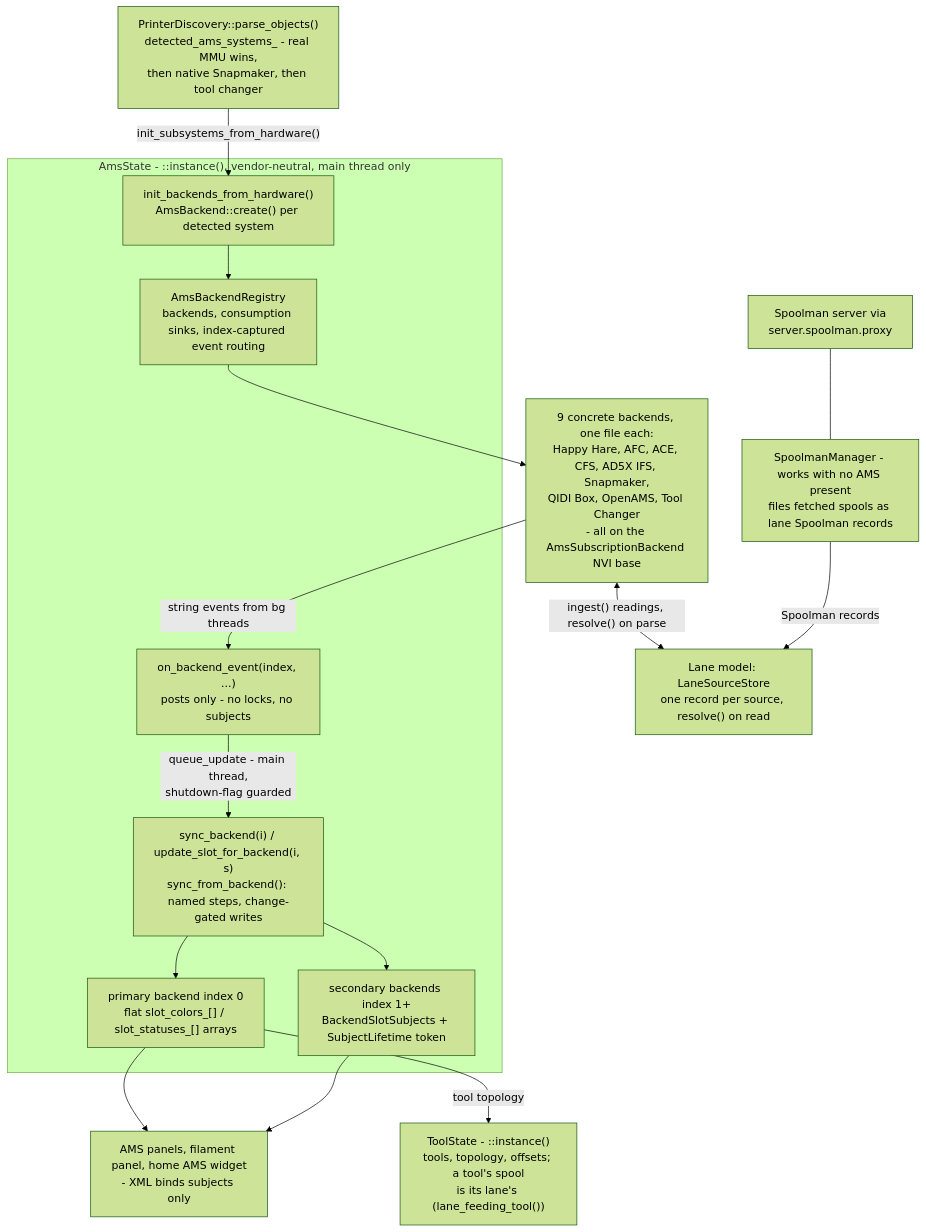
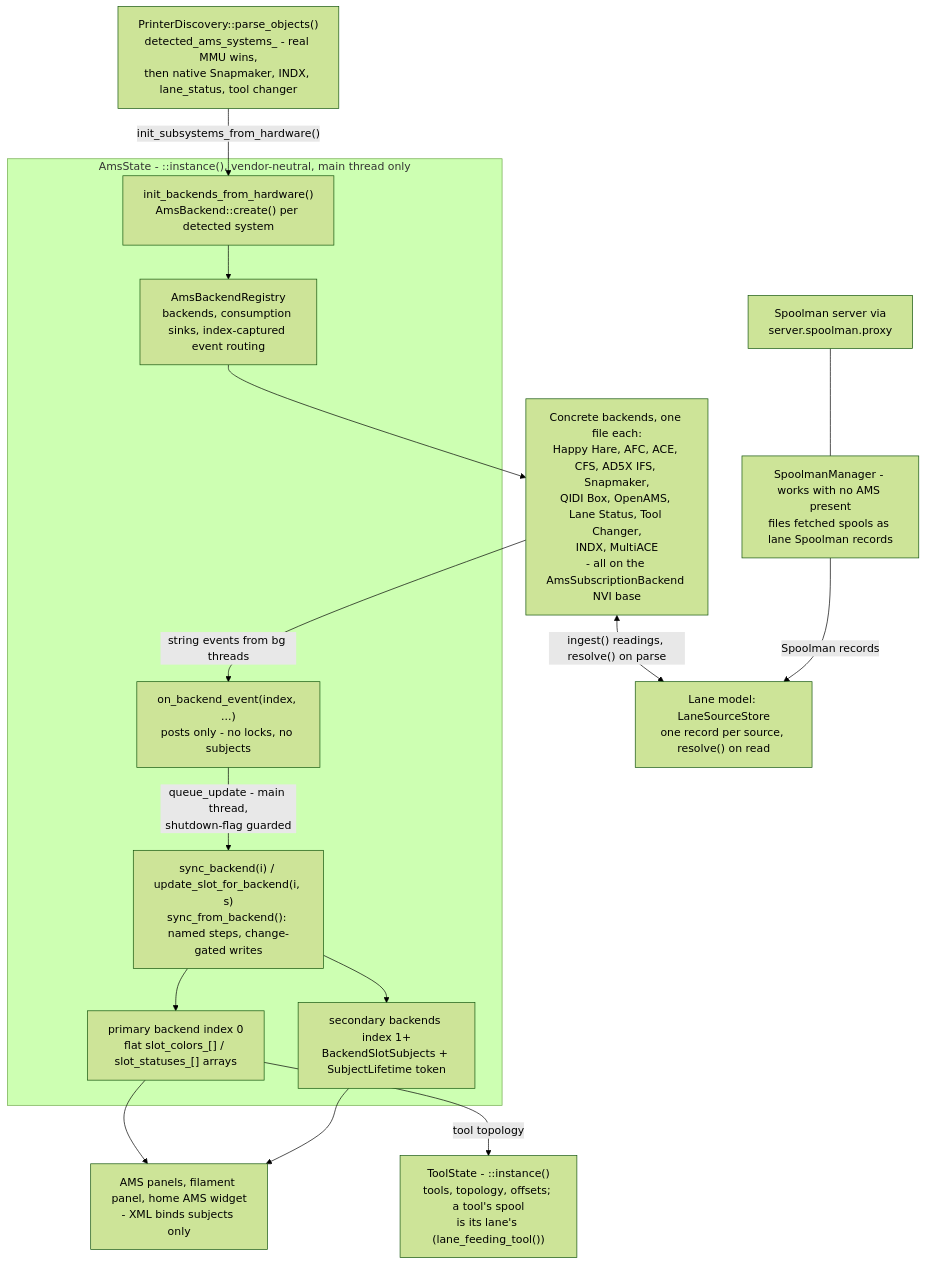
Before and after one commit to prestonbrown/helixscreen: the diagram in docs/devel/architecture/07-filament-ams.md, drawn with Mermaid (forest theme). The commit also changed other lines of this file and 122 other files, not shown here.

````diff
--- a/docs/devel/architecture/07-filament-ams.md
+++ b/docs/devel/architecture/07-filament-ams.md
@@ -9,38 +9,38 @@
 ```mermaid
 flowchart TB
-    PO["PrinterDiscovery::parse_objects()<br/>detected_ams_systems_ - real MMU wins,<br/>then native Snapmaker, then tool changer"]
+    PO["PrinterDiscovery::parse_objects()<br/>detected_ams_systems_ - real MMU wins,<br/>then native Snapmaker, INDX, lane_status, tool changer"]
 
     subgraph AMS["AmsState - ::instance(), vendor-neutral, main thread only"]
         INIT["init_backends_from_hardware()<br/>AmsBackend::create() per detected system"]
         kReg["AmsBackendRegistry<br/>backends, consumption sinks, index-captured event routing"]
         EV["on_backend_event(index, ...)<br/>posts only - no locks, no subjects"]
         SYNC["sync_backend(i) / update_slot_for_backend(i, s)<br/>sync_from_backend(): named steps, change-gated writes"]
         B0["primary backend index 0<br/>flat slot_colors_[] / slot_statuses_[] arrays"]
         B1["secondary backends index 1+<br/>BackendSlotSubjects + SubjectLifetime token"]
     end
 
-    CONC["9 concrete backends, one file each:<br/>Happy Hare, AFC, ACE, CFS, AD5X IFS, Snapmaker,<br/>QIDI Box, OpenAMS, Tool Changer<br/>- all on the AmsSubscriptionBackend NVI base"]
+    CONC["Concrete backends, one file each:<br/>Happy Hare, AFC, ACE, CFS, AD5X IFS, Snapmaker,<br/>QIDI Box, OpenAMS, Lane Status, Tool Changer,<br/>INDX, MultiACE<br/>- all on the AmsSubscriptionBackend NVI base"]
 
     LANE["Lane model: LaneSourceStore<br/>one record per source, resolve() on read"]
 
     TS["ToolState - ::instance()<br/>tools, topology, offsets; a tool's spool<br/>is its lane's (lane_feeding_tool())"]
 
     SM["SpoolmanManager - works with no AMS present<br/>files fetched spools as lane Spoolman records"]
     SPOOL["Spoolman server via<br/>server.spoolman.proxy"]
 
     UI["AMS panels, filament panel, home AMS widget<br/>- XML binds subjects only"]
 
     PO -->|"init_subsystems_from_hardware()"| INIT
     INIT --> kReg
     kReg --> CONC
     CONC -->|"string events from bg threads"| EV
     CONC <-->|"ingest() readings, resolve() on parse"| LANE
     EV -->|"queue_update - main thread,<br/>shutdown-flag guarded"| SYNC
     SYNC --> B0
     SYNC --> B1
     B0 --> UI
     B1 --> UI
     B0 -->|"tool topology"| TS
     SM -->|"Spoolman records"| LANE
     SPOOL --- SM
 ```
````
